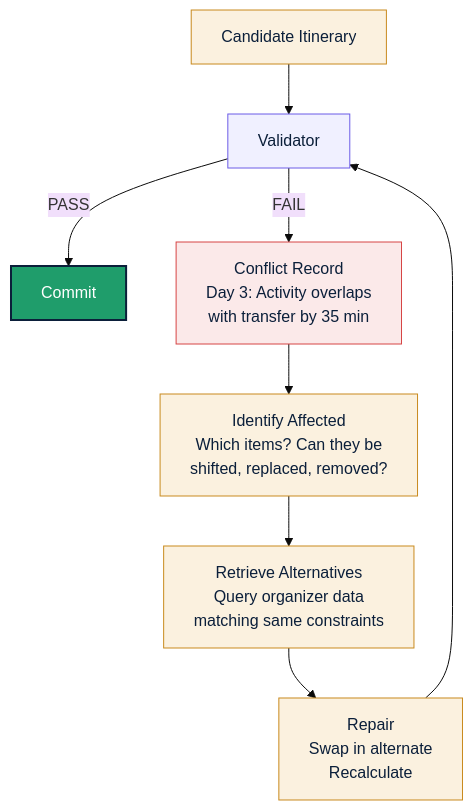
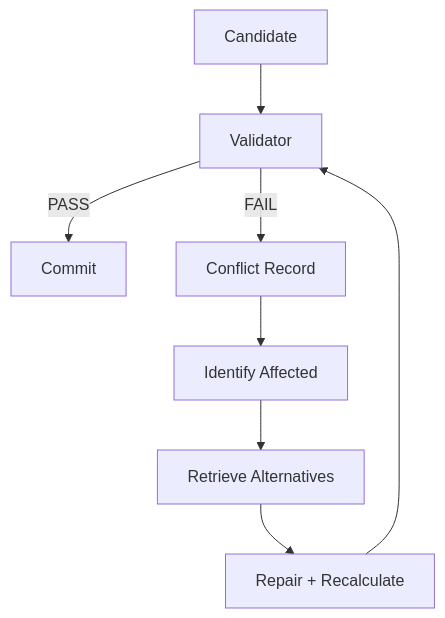
Before and after one commit to sharancode3/SmartTrip-AI-Basic-design-Prototype: the sixth of 7 diagrams in README.md, drawn with Mermaid. The commit also changed other lines of this file, not shown here.

First line of the commit message:
Slim down Mermaid diagrams: black-white, compact labels

````diff
--- a/README.md
+++ b/README.md
@@ -339,20 +223,10 @@
 ```mermaid
-%%{init: {'theme': 'base', 'themeVariables': {'primaryColor': '#FBF1DF', 'primaryBorderColor': '#C98A1E'}}}%%
-
 flowchart TD
-    C["Candidate Itinerary"] --> V["Validator"]
+    C["Candidate"] --> V["Validator"]
     V -->|PASS| OK["Commit"]
-    V -->|FAIL| CR["Conflict Record<br/>Day 3: Activity overlaps<br/>with transfer by 35 min"]
-    CR --> IA["Identify Affected<br/>Which items? Can they be<br/>shifted, replaced, removed?"]
-    IA --> RA["Retrieve Alternatives<br/>Query organizer data<br/>matching same constraints"]
-    RA --> R["Repair<br/>Swap in alternate<br/>Recalculate"]
+    V -->|FAIL| CR["Conflict Record"]
+    CR --> IA["Identify Affected"]
+    IA --> RA["Retrieve Alternatives"]
+    RA --> R["Repair + Recalculate"]
     R --> V
-
-    style C fill:#FBF1DF,stroke:#C98A1E,color:#0B1F3A
-    style V fill:#F0F0FF,stroke:#6B5CE7,color:#0B1F3A
-    style OK fill:#1F9D6B,stroke:#0B1F3A,stroke-width:2px,color:#FFFFFF
-    style CR fill:#FBE9E9,stroke:#D64545,color:#0B1F3A
-    style IA fill:#FBF1DF,stroke:#C98A1E,color:#0B1F3A
-    style RA fill:#FBF1DF,stroke:#C98A1E,color:#0B1F3A
-    style R fill:#FBF1DF,stroke:#C98A1E,color:#0B1F3A
 ```
````
